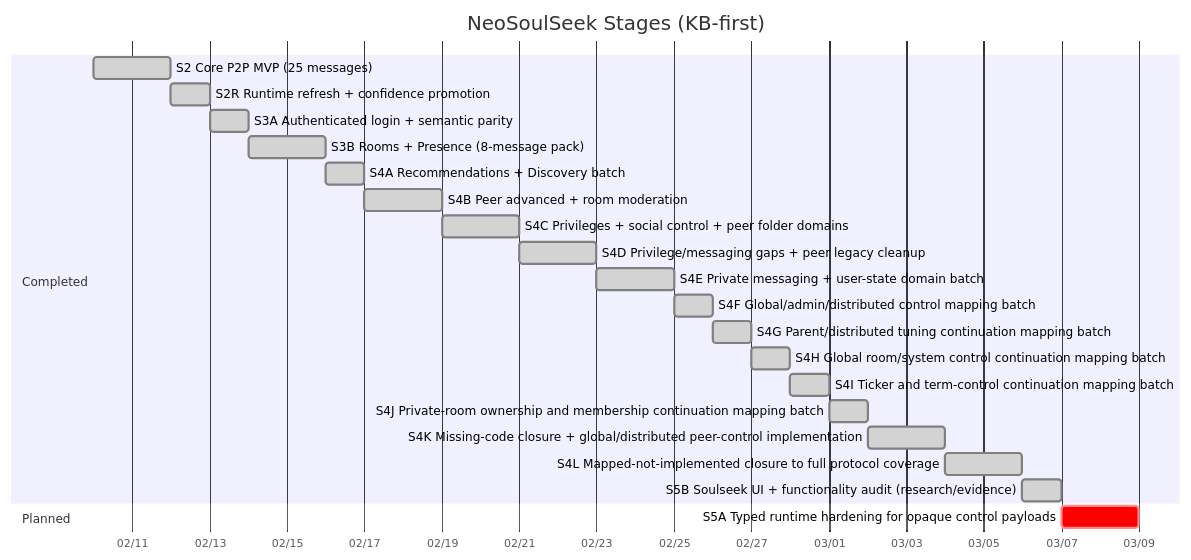
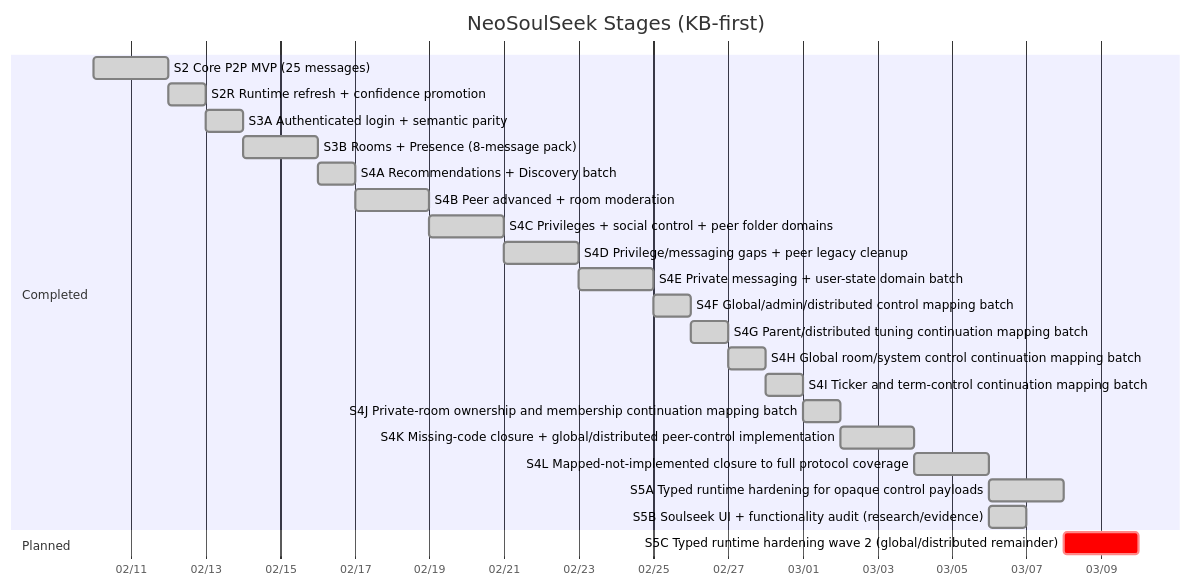
Before and after one commit to fedejinich/nss: the first of 5 diagrams in docs/state/roadmap.md, drawn with Mermaid. The commit also changed other lines of this file and 30 other files, not shown here.

Commit message:
S5A: typed runtime hardening with authenticated evidence

````diff
--- a/docs/state/roadmap.md
+++ b/docs/state/roadmap.md
@@ -9,26 +9,27 @@
 ```mermaid
 gantt
     title NeoSoulSeek Stages (KB-first)
     dateFormat  YYYY-MM-DD
     axisFormat  %m/%d
     section Completed
     S2 Core P2P MVP (25 messages) :done, s2, 2026-02-10, 2d
     S2R Runtime refresh + confidence promotion :done, s2r, after s2, 1d
     S3A Authenticated login + semantic parity :done, s3a, after s2r, 1d
     S3B Rooms + Presence (8-message pack) :done, s3b, 2026-02-14, 2d
     S4A Recommendations + Discovery batch :done, s4a, after s3b, 1d
     S4B Peer advanced + room moderation :done, s4b, after s4a, 2d
     S4C Privileges + social control + peer folder domains :done, s4c, after s4b, 2d
     S4D Privilege/messaging gaps + peer legacy cleanup :done, s4d, after s4c, 2d
     S4E Private messaging + user-state domain batch :done, s4e, after s4d, 2d
     S4F Global/admin/distributed control mapping batch :done, s4f, after s4e, 1d
     S4G Parent/distributed tuning continuation mapping batch :done, s4g, after s4f, 1d
     S4H Global room/system control continuation mapping batch :done, s4h, after s4g, 1d
     S4I Ticker and term-control continuation mapping batch :done, s4i, after s4h, 1d
     S4J Private-room ownership and membership continuation mapping batch :done, s4j, after s4i, 1d
     S4K Missing-code closure + global/distributed peer-control implementation :done, s4k, after s4j, 2d
     S4L Mapped-not-implemented closure to full protocol coverage :done, s4l, after s4k, 2d
+    S5A Typed runtime hardening for opaque control payloads :done, s5a, after s4l, 2d
     S5B Soulseek UI + functionality audit (research/evidence) :done, s5b, after s4l, 1d
     section Planned
-    S5A Typed runtime hardening for opaque control payloads :crit, s5a, after s5b, 2d
+    S5C Typed runtime hardening wave 2 (global/distributed remainder) :crit, s5c, after s5a, 2d
 ```
````
